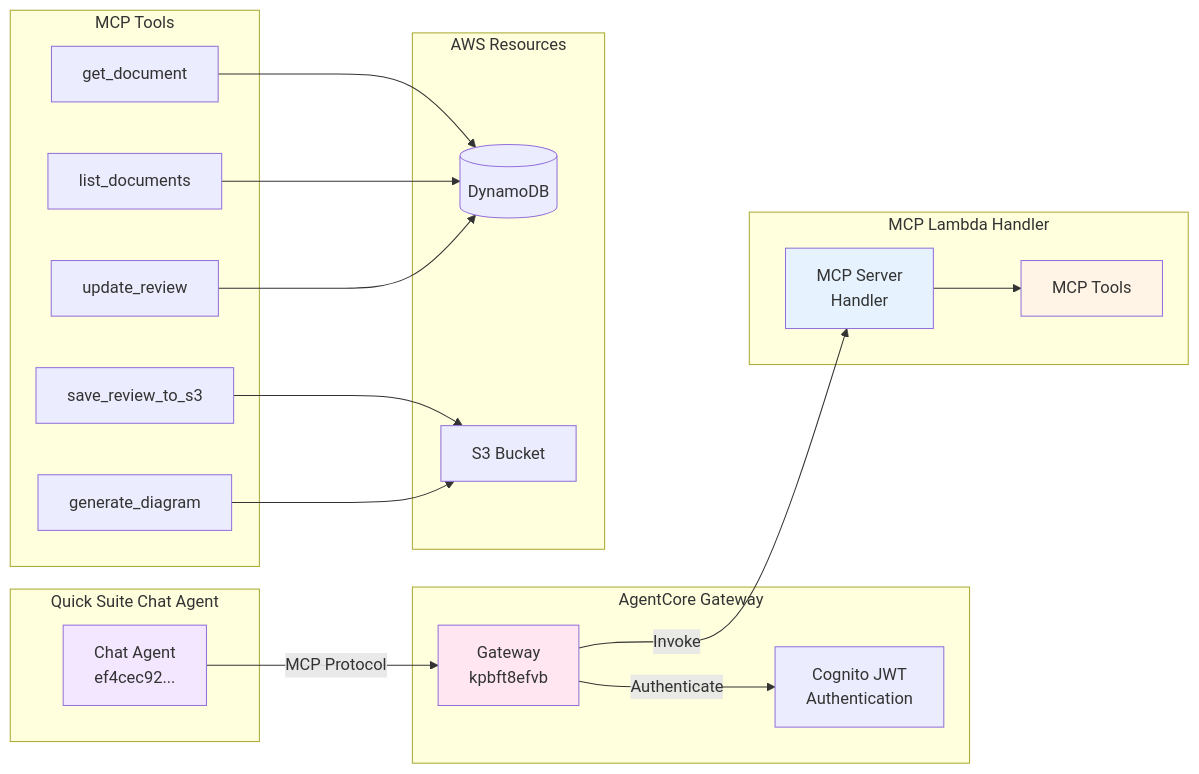
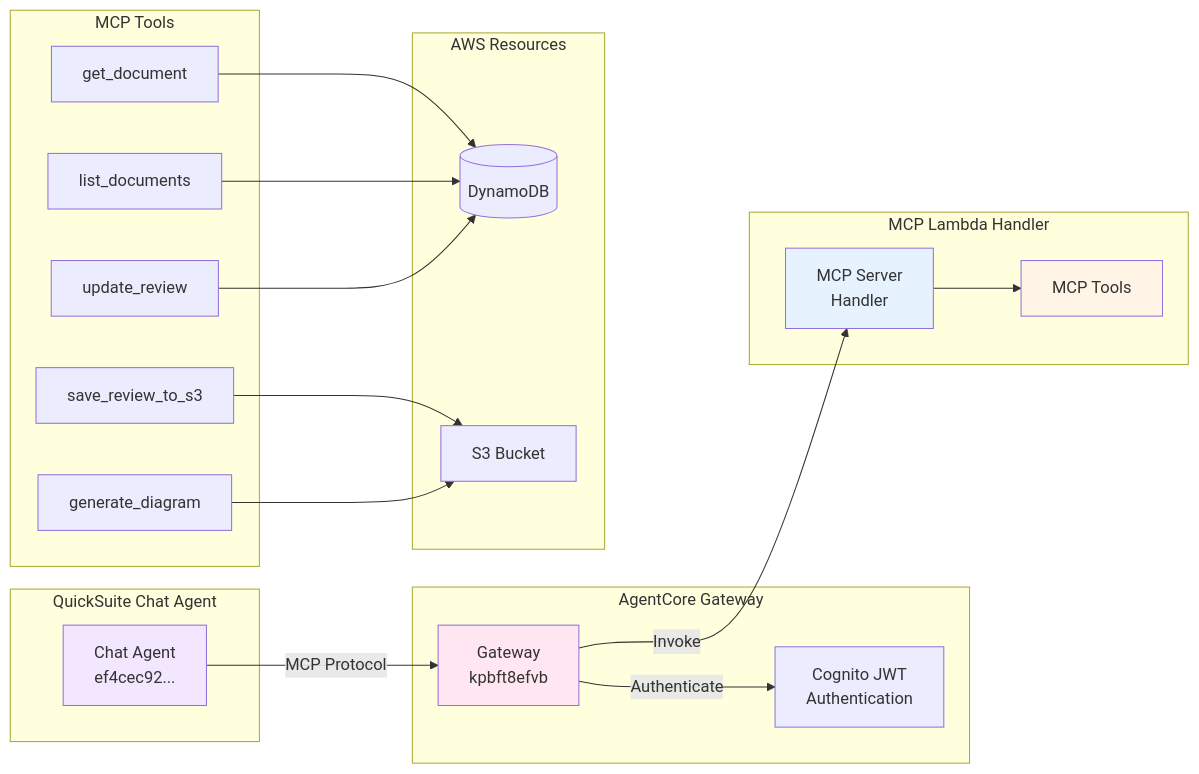
One commit to ironpe/architecture-review-using-quicksuite-chatagent-embeding changed the fifth of 9 diagrams in docs/ARCHITECTURE.md. Above: the diagram before and after it, drawn with Mermaid. The commit also changed other lines of this file, not shown here.

Commit message:
docs: rename Quick Suite to QuickSuite in ARCHITECTURE.md

````diff
--- a/docs/ARCHITECTURE.md
+++ b/docs/ARCHITECTURE.md
@@ -194,44 +194,44 @@
 ```mermaid
 graph LR
-    subgraph "Quick Suite Chat Agent"
+    subgraph "QuickSuite Chat Agent"
         Agent[Chat Agent<br/>ef4cec92...]
     end
 
     subgraph "AgentCore Gateway"
         Gateway[Gateway<br/>kpbft8efvb]
         Auth[Cognito JWT<br/>Authentication]
     end
 
     subgraph "MCP Lambda Handler"
         MCPServer[MCP Server<br/>Handler]
         Tools[MCP Tools]
     end
 
     subgraph "MCP Tools"
         Tool1[get_document]
         Tool2[list_documents]
         Tool3[update_review]
         Tool4[save_review_to_s3]
         Tool5[generate_diagram]
     end
 
     subgraph "AWS Resources"
         DDB[(DynamoDB)]
         S3B[S3 Bucket]
     end
 
     Agent -->|MCP Protocol| Gateway
     Gateway -->|Authenticate| Auth
     Gateway -->|Invoke| MCPServer
     MCPServer --> Tools
     Tool1 --> DDB
     Tool2 --> DDB
     Tool3 --> DDB
     Tool4 --> S3B
     Tool5 --> S3B
 
     style Agent fill:#f3e6ff
     style Gateway fill:#ffe6f0
     style MCPServer fill:#e6f3ff
     style Tools fill:#fff4e6
 ```
````
